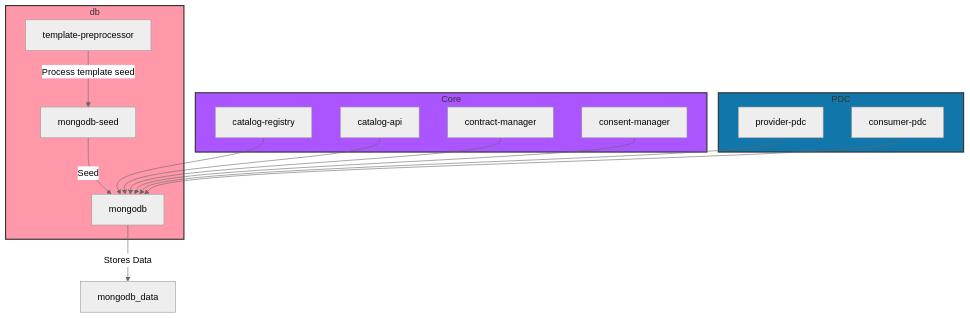
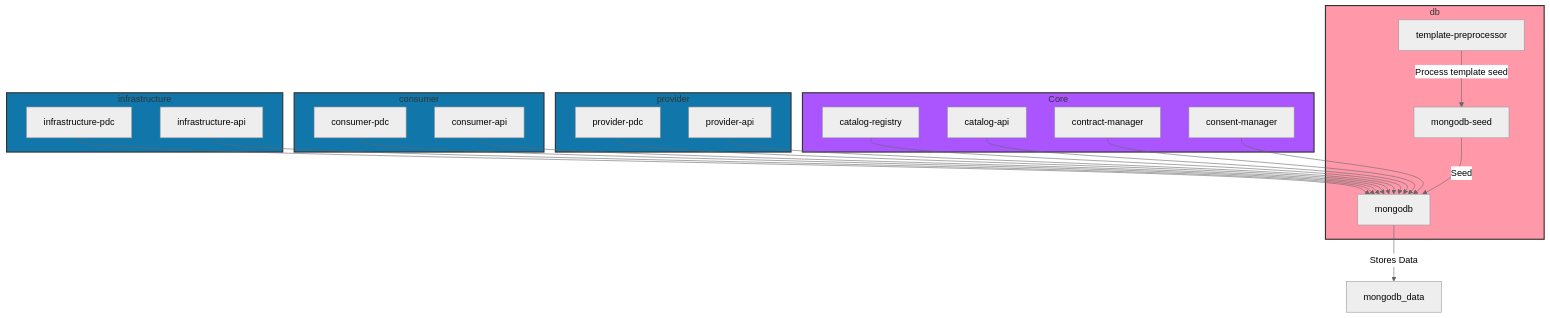
One commit to Visions-Nicolas/ptx-docker changed the diagram in README.md. Above: the diagram before and after it, drawn with Mermaid (neutral theme). The commit also changed other lines of this file and 24 other files, not shown here.

Commit message:
feat: updated data seed feat: added example-api feat: added infrastructure

````diff
--- a/README.md
+++ b/README.md
@@ -7,44 +7,64 @@
 ```mermaid
 graph TD;
     B[mongodb]
     C[mongodb-seed]
     D[catalog-registry]
     E[catalog-api]
     F[contract-manager]
     G[consent-manager]
     H[provider-pdc]
     I[consumer-pdc]
+    J[provider-api]
     K[template-preprocessor]
+    L[consumer-api]
+    N[infrastructure-pdc]
+    M[infrastructure-api]
 
     subgraph db
         B
         C
         K
     end
 
     subgraph Core
         D
         E
         F
         G
     end
 
-    subgraph PDC
+    subgraph provider
         H
-        I
+        J
     end
 
-    B -->|Stores Data| J[mongodb_data]
+    subgraph consumer
+        I
+        L
+    end
+
+    subgraph infrastructure
+        M
+        N
+    end
+
+    B -->|Stores Data| O[mongodb_data]
     C -->|Seed| B
     K -->|Process template seed| C
     D --> B
     E --> B
     F --> B
     G --> B
     H --> B
     I --> B
+    J --> B
+    L --> B
+    N --> B
+    M --> B
 
     style db fill:#f9a,stroke:#333,stroke-width:2px;
     style Core fill:#a5f,stroke:#333,stroke-width:2px;
-    style PDC fill:#17a,stroke:#333,stroke-width:2px;
+    style provider fill:#17a,stroke:#333,stroke-width:2px;
+    style consumer fill:#17a,stroke:#333,stroke-width:2px;
+    style infrastructure fill:#17a,stroke:#333,stroke-width:2px;
 ```
````
